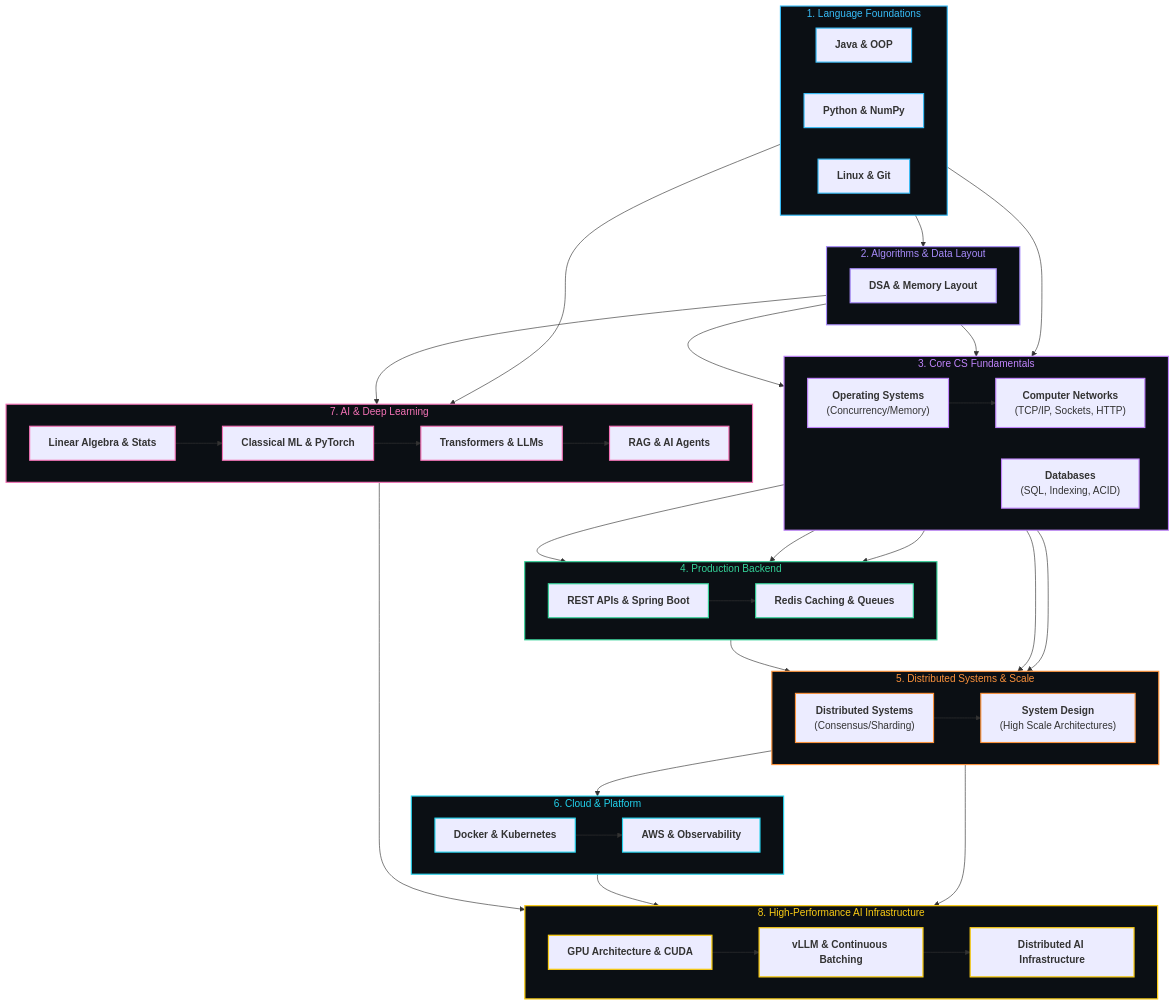
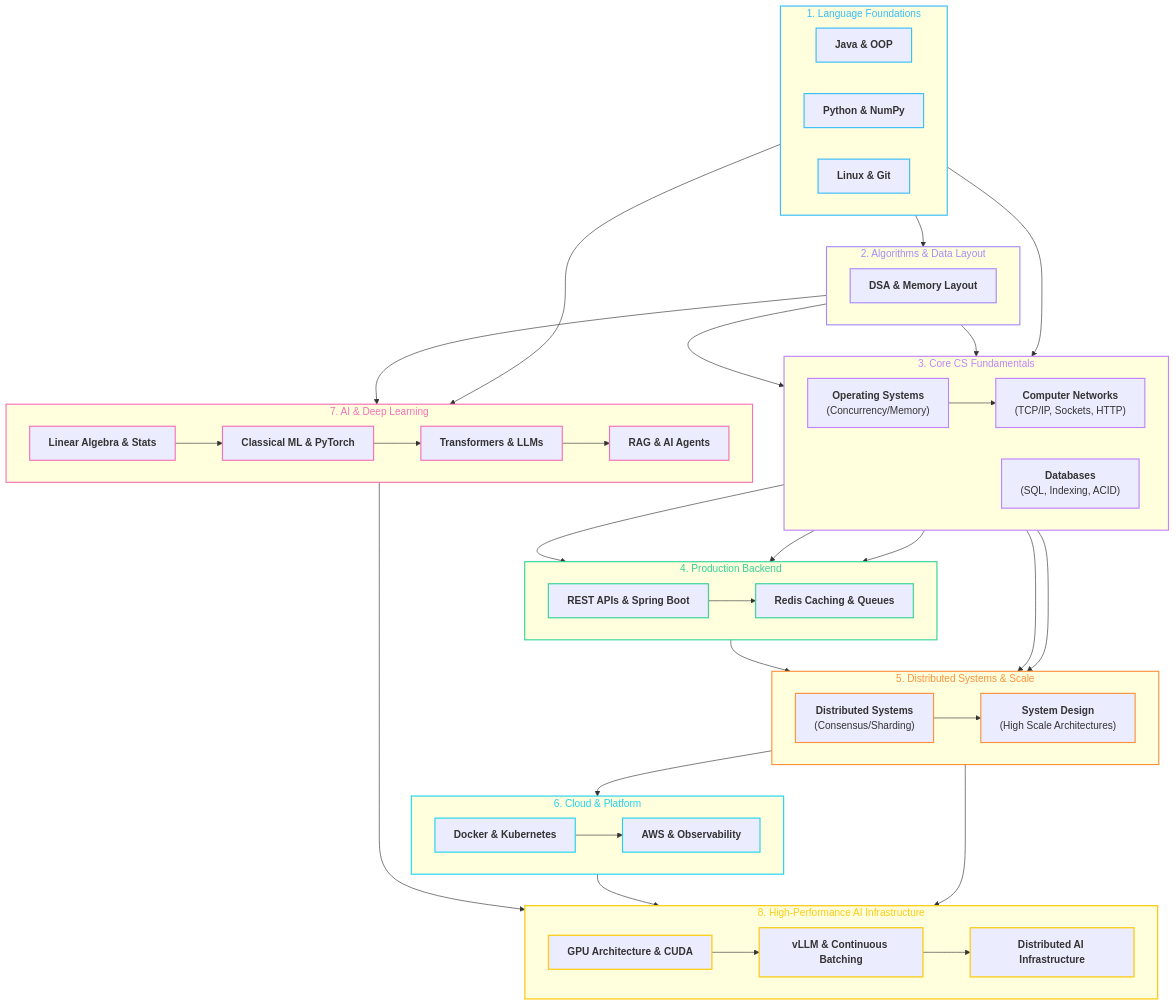
The diagram in BrainOS/01 - Roadmap/Skill Dependency Map.md (abhinavbharti2345/CS_Notes), drawn with Mermaid before and after one commit. The commit also changed 26 other files, not shown here.

Commit message:
feat: initialize BrainOS knowledge base with foundational curriculum and roadmap notes

```diff
--- a/BrainOS/01 - Roadmap/Skill Dependency Map.md
+++ b/BrainOS/01 - Roadmap/Skill Dependency Map.md
@@ -104,14 +104,14 @@
     SERVE --> SCALE_AI
 
     %% Styling
-    style S_LANG fill:#0B0F14,stroke:#38BDF8,stroke-width:1.8px,color:#38BDF8
-    style S_DSA fill:#0B0F14,stroke:#A78BFA,stroke-width:1.8px,color:#A78BFA
-    style S_CORE fill:#0B0F14,stroke:#C084FC,stroke-width:1.8px,color:#C084FC
-    style S_BE fill:#0B0F14,stroke:#34D399,stroke-width:1.8px,color:#34D399
-    style S_DIST fill:#0B0F14,stroke:#FB923C,stroke-width:1.8px,color:#FB923C
-    style S_INFRA fill:#0B0F14,stroke:#22D3EE,stroke-width:1.8px,color:#22D3EE
-    style S_AI fill:#0B0F14,stroke:#F472B6,stroke-width:1.8px,color:#F472B6
-    style S_AI_INFRA fill:#0B0F14,stroke:#FACC15,stroke-width:2px,color:#FACC15
+    style S_LANG stroke:#38BDF8,stroke-width:1.8px,color:#38BDF8
+    style S_DSA stroke:#A78BFA,stroke-width:1.8px,color:#A78BFA
+    style S_CORE stroke:#C084FC,stroke-width:1.8px,color:#C084FC
+    style S_BE stroke:#34D399,stroke-width:1.8px,color:#34D399
+    style S_DIST stroke:#FB923C,stroke-width:1.8px,color:#FB923C
+    style S_INFRA stroke:#22D3EE,stroke-width:1.8px,color:#22D3EE
+    style S_AI stroke:#F472B6,stroke-width:1.8px,color:#F472B6
+    style S_AI_INFRA stroke:#FACC15,stroke-width:2px,color:#FACC15
 
     classDef fndNode stroke:#38BDF8,stroke-width:1.8px;
     classDef dsaNode stroke:#A78BFA,stroke-width:1.8px;
```
